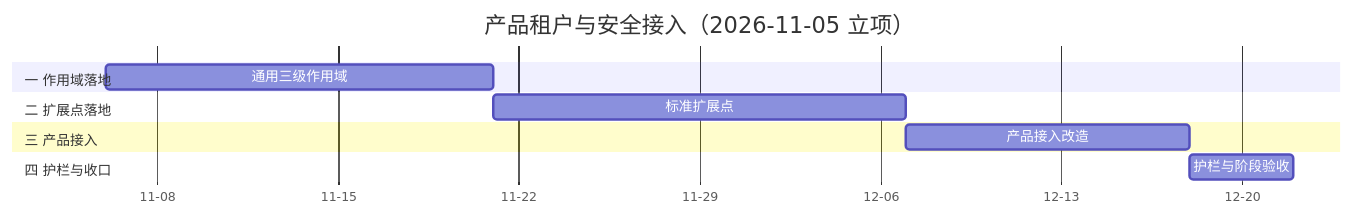
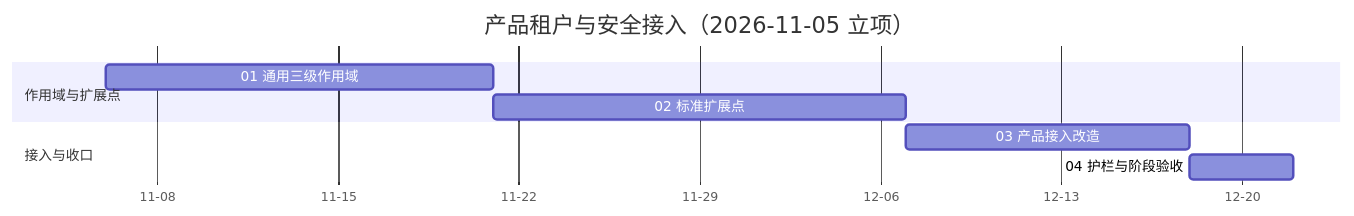
One commit to minjian123/basic-management-system changed the diagram in bms文档/项目/07D_产品租户与安全接入/计划/01_计划_产品租户与安全接入.md. Above: the diagram before and after it, drawn with Mermaid. The commit also changed other lines of this file and 8 other files, not shown here.

````diff
--- a/bms文档/项目/07D_产品租户与安全接入/计划/01_计划_产品租户与安全接入.md
+++ b/bms文档/项目/07D_产品租户与安全接入/计划/01_计划_产品租户与安全接入.md
@@ -42,14 +36,12 @@
 ```mermaid
 gantt
     title 产品租户与安全接入（2026-11-05 立项）
     dateFormat YYYY-MM-DD
     axisFormat %m-%d
-    section 一 作用域落地
-    通用三级作用域 :a1, 2026-11-06, 15d
-    section 二 扩展点落地
-    标准扩展点 :b1, after a1, 16d
-    section 三 产品接入
-    产品接入改造 :c1, after b1, 11d
-    section 四 护栏与收口
-    护栏与阶段验收 :d1, after c1, 4d
+    section 作用域与扩展点
+    01 通用三级作用域 :a1, 2026-11-06, 15d
+    02 标准扩展点 :a2, after a1, 16d
+    section 接入与收口
+    03 产品接入改造 :a3, after a2, 11d
+    04 护栏与阶段验收 :a4, after a3, 4d
 ```
````
